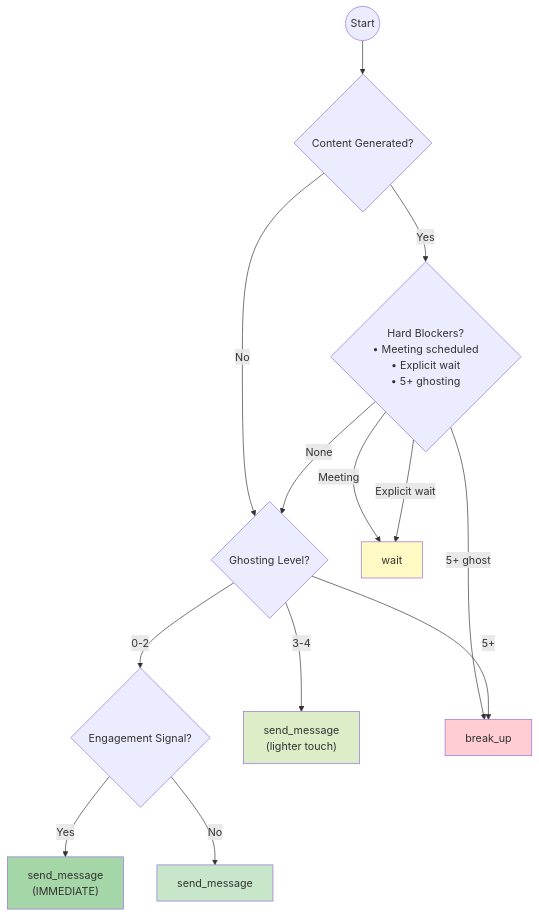
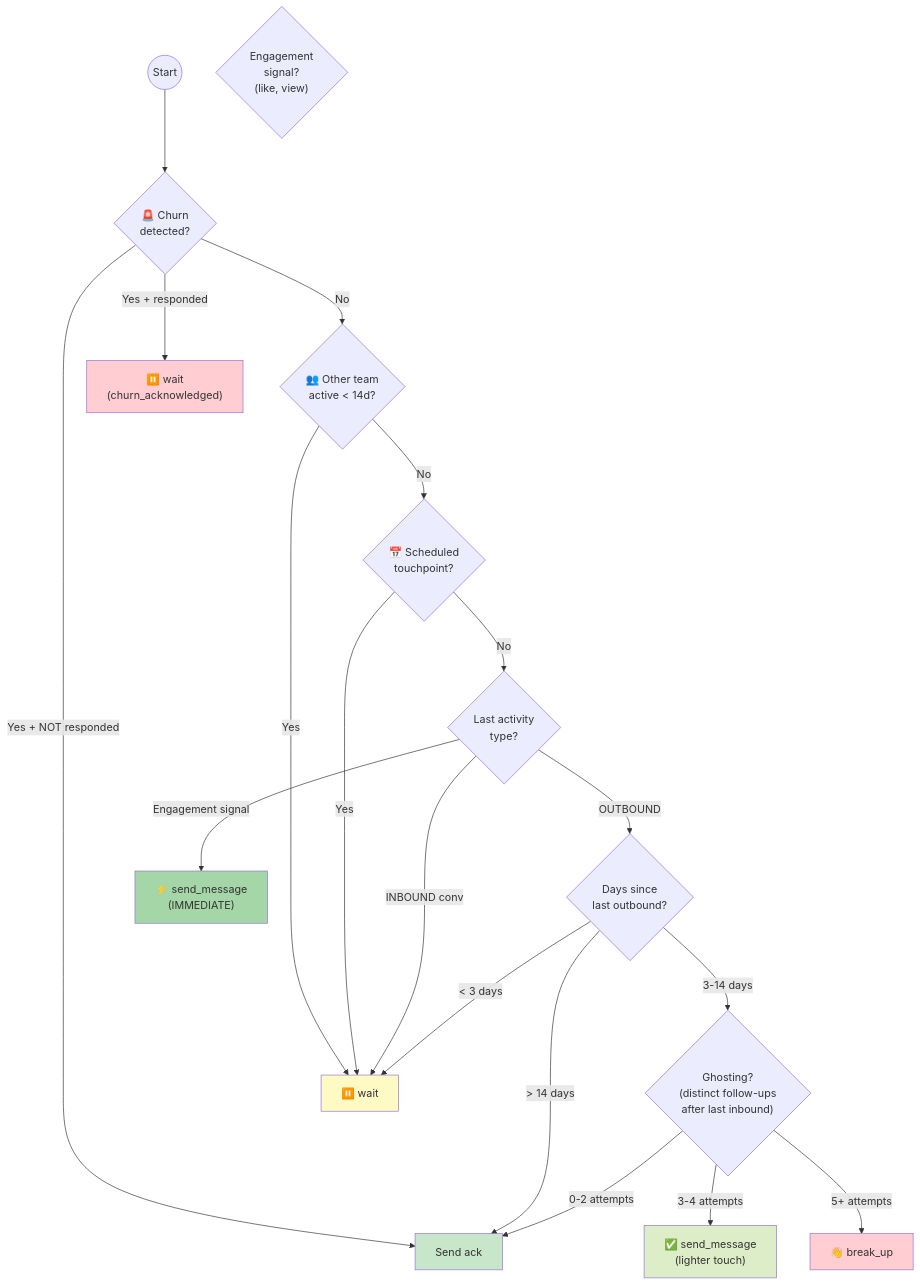
Before and after one commit to damianstetsonair/sales-n8n-ia: the second of 2 diagrams in README.md, drawn with Mermaid. The commit also changed other lines of this file and 1 other file, not shown here.

Commit message:
Update README and workflow diagrams for V15.5

````diff
--- a/README.md
+++ b/README.md
@@ -103,37 +103,53 @@
 ```mermaid
 flowchart TB
     START((Start))
 
-    CHECK_CONTENT{"Content Generated?"}
-    CHECK_BLOCKERS{"Hard Blockers?<br/>• Meeting scheduled<br/>• Explicit wait<br/>• 5+ ghosting"}
-    CHECK_GHOST{"Ghosting Level?"}
-    CHECK_ENGAGE{"Engagement Signal?"}
+    %% V13/V14/V15 Pre-checks
+    CHECK_CHURN{"🚨 Churn<br/>detected?"}
+    CHECK_MULTIOWNER{"👥 Other team<br/>active < 14d?"}
+    CHECK_TOUCHPOINT{"📅 Scheduled<br/>touchpoint?"}
 
-    SEND["send_message"]
-    SEND_LIGHT["send_message<br/>(lighter touch)"]
-    SEND_NOW["send_message<br/>(IMMEDIATE)"]
-    WAIT["wait"]
-    BREAKUP["break_up"]
+    %% STATUT determination
+    CHECK_INBOUND{"Last activity<br/>type?"}
+    CHECK_ENGAGE{"Engagement<br/>signal?<br/>(like, view)"}
+    CHECK_DAYS{"Days since<br/>last outbound?"}
+    CHECK_GHOST{"Ghosting?<br/>(distinct follow-ups<br/>after last inbound)"}
 
-    START --> CHECK_CONTENT
-    CHECK_CONTENT -->|"Yes"| CHECK_BLOCKERS
-    CHECK_CONTENT -->|"No"| CHECK_GHOST
+    %% Actions
+    SEND["✅ send_message"]
+    SEND_LIGHT["✅ send_message<br/>(lighter touch)"]
+    SEND_NOW["⚡ send_message<br/>(IMMEDIATE)"]
+    WAIT["⏸️ wait"]
+    WAIT_CHURN["⏸️ wait<br/>(churn_acknowledged)"]
+    BREAKUP["👋 break_up"]
 
-    CHECK_BLOCKERS -->|"Meeting"| WAIT
-    CHECK_BLOCKERS -->|"Explicit wait"| WAIT
-    CHECK_BLOCKERS -->|"5+ ghost"| BREAKUP
-    CHECK_BLOCKERS -->|"None"| CHECK_GHOST
+    START --> CHECK_CHURN
+    CHECK_CHURN -->|"Yes + responded"| WAIT_CHURN
+    CHECK_CHURN -->|"Yes + NOT responded"| SEND["Send ack"]
+    CHECK_CHURN -->|"No"| CHECK_MULTIOWNER
 
-    CHECK_GHOST -->|"0-2"| CHECK_ENGAGE
-    CHECK_GHOST -->|"3-4"| SEND_LIGHT
-    CHECK_GHOST -->|"5+"| BREAKUP
+    CHECK_MULTIOWNER -->|"Yes"| WAIT
+    CHECK_MULTIOWNER -->|"No"| CHECK_TOUCHPOINT
 
-    CHECK_ENGAGE -->|"Yes"| SEND_NOW
-    CHECK_ENGAGE -->|"No"| SEND
+    CHECK_TOUCHPOINT -->|"Yes"| WAIT
+    CHECK_TOUCHPOINT -->|"No"| CHECK_INBOUND
+
+    CHECK_INBOUND -->|"INBOUND conv"| WAIT
+    CHECK_INBOUND -->|"Engagement signal"| SEND_NOW
+    CHECK_INBOUND -->|"OUTBOUND"| CHECK_DAYS
+
+    CHECK_DAYS -->|"< 3 days"| WAIT
+    CHECK_DAYS -->|"3-14 days"| CHECK_GHOST
+    CHECK_DAYS -->|"> 14 days"| SEND
+
+    CHECK_GHOST -->|"0-2 attempts"| SEND
+    CHECK_GHOST -->|"3-4 attempts"| SEND_LIGHT
+    CHECK_GHOST -->|"5+ attempts"| BREAKUP
 
     style SEND fill:#c8e6c9
     style SEND_LIGHT fill:#dcedc8
     style SEND_NOW fill:#a5d6a7
     style WAIT fill:#fff9c4
+    style WAIT_CHURN fill:#ffcdd2
     style BREAKUP fill:#ffcdd2
 ```
````
